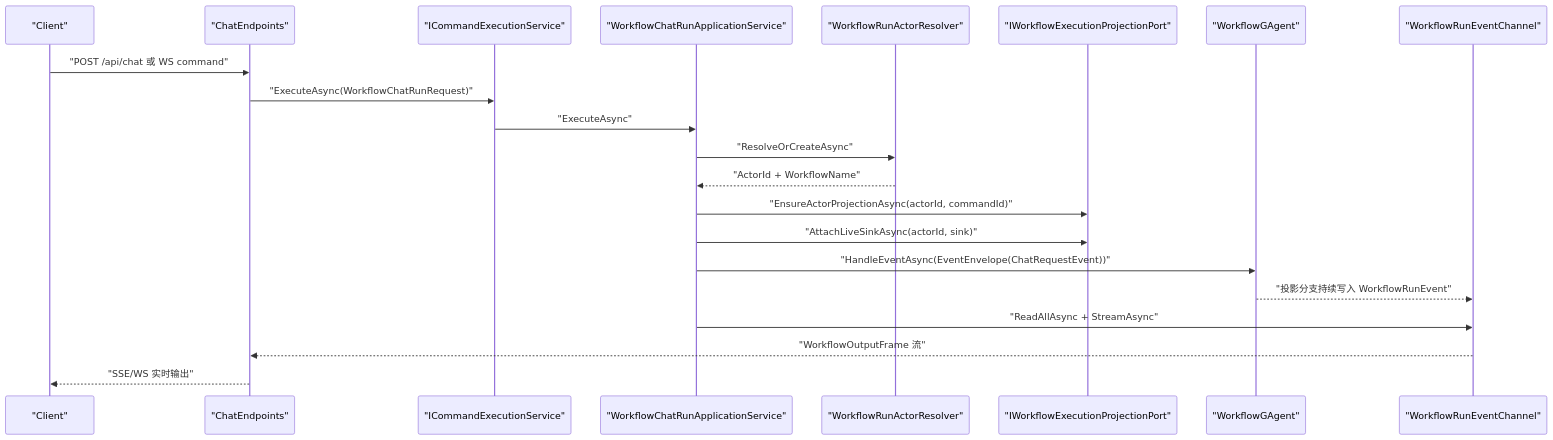
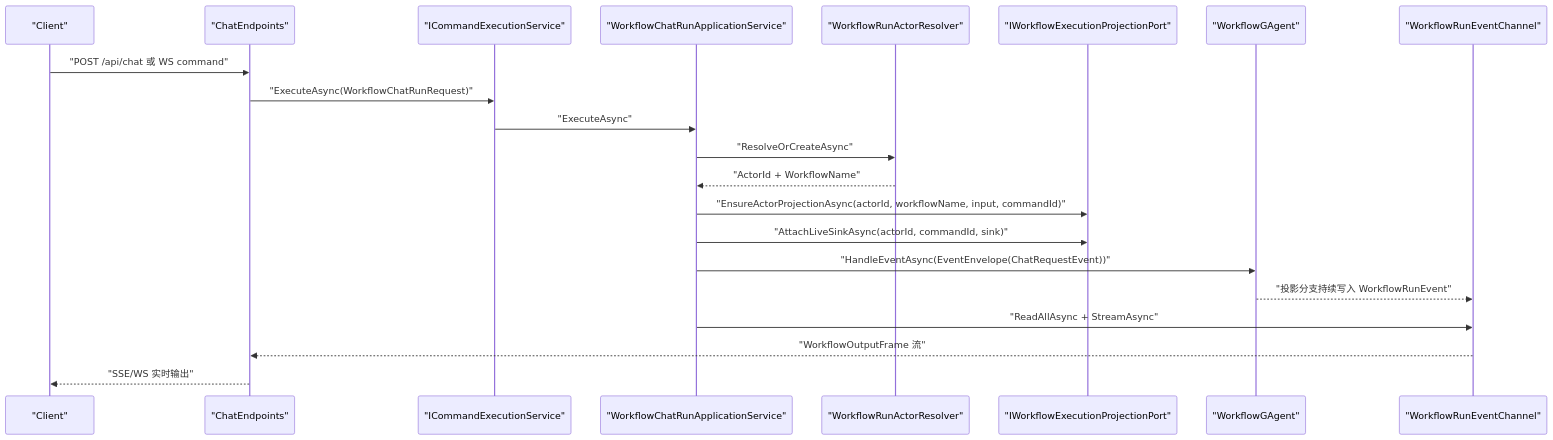
One commit to aevatarAI/aevatar changed the second of 5 diagrams in src/workflow/README.md. Above: the diagram before and after it, drawn with Mermaid. The commit also changed other lines of this file and 87 other files, not shown here.

First line of the commit message:
Refactor Aevatar architecture to integrate Mainnet capabilities

````diff
--- a/src/workflow/README.md
+++ b/src/workflow/README.md
@@ -60,25 +60,25 @@
 ```mermaid
 %%{init: {"maxTextSize": 100000, "flowchart": {"useMaxWidth": false, "nodeSpacing": 10, "rankSpacing": 50}, "themeVariables": {"fontSize": "10px"}}}%%
 sequenceDiagram
   participant Client as "Client"
   participant Api as "ChatEndpoints"
   participant CmdSvc as "ICommandExecutionService"
   participant AppSvc as "WorkflowChatRunApplicationService"
   participant Resolver as "WorkflowRunActorResolver"
   participant Port as "IWorkflowExecutionProjectionPort"
   participant WFAgent as "WorkflowGAgent"
   participant Sink as "WorkflowRunEventChannel"
 
   Client->>Api: "POST /api/chat 或 WS command"
   Api->>CmdSvc: "ExecuteAsync(WorkflowChatRunRequest)"
   CmdSvc->>AppSvc: "ExecuteAsync"
   AppSvc->>Resolver: "ResolveOrCreateAsync"
   Resolver-->>AppSvc: "ActorId + WorkflowName"
-  AppSvc->>Port: "EnsureActorProjectionAsync(actorId, commandId)"
-  AppSvc->>Port: "AttachLiveSinkAsync(actorId, sink)"
+  AppSvc->>Port: "EnsureActorProjectionAsync(actorId, workflowName, input, commandId)"
+  AppSvc->>Port: "AttachLiveSinkAsync(actorId, commandId, sink)"
   AppSvc->>WFAgent: "HandleEventAsync(EventEnvelope(ChatRequestEvent))"
   WFAgent-->>Sink: "投影分支持续写入 WorkflowRunEvent"
   AppSvc->>Sink: "ReadAllAsync + StreamAsync"
   Sink-->>Api: "WorkflowOutputFrame 流"
   Api-->>Client: "SSE/WS 实时输出"
 ```
````
